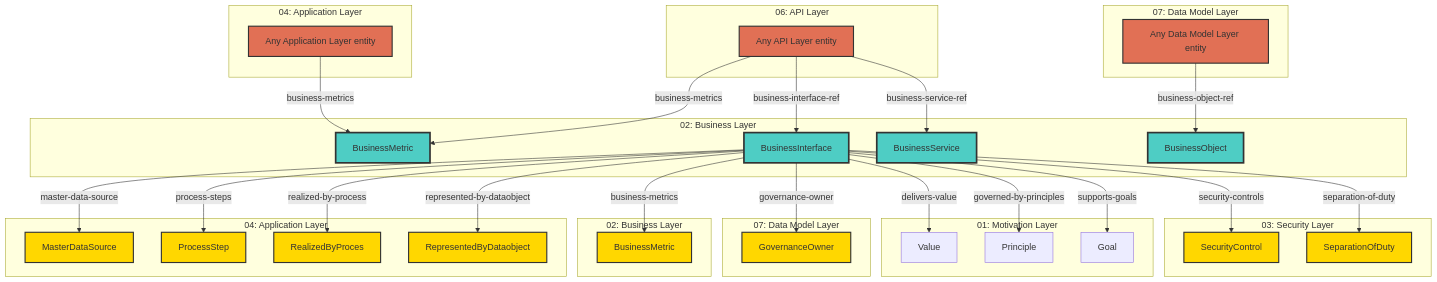
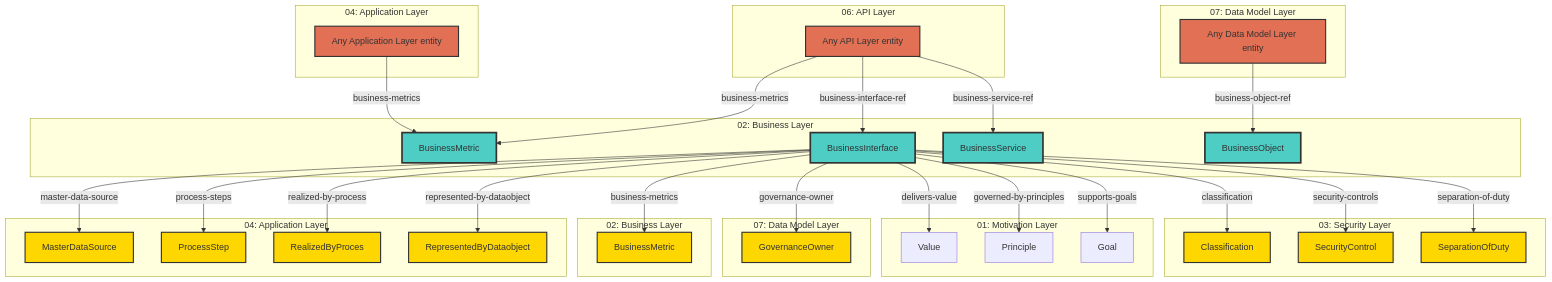
The diagram in reports/layers/02-business-cross-layer.md (tinkermonkey/documentation_robotics), drawn with Mermaid before and after one commit. The commit also changed other lines of this file and 63 other files, not shown here.

```diff
--- a/reports/layers/02-business-cross-layer.md
+++ b/reports/layers/02-business-cross-layer.md
@@ -25,6 +25,7 @@
     target02BusinessMetric["BusinessMetric"]
   end
   subgraph target03Layer["03: Security Layer"]
+    target03Classification["Classification"]
     target03SecurityControl["SecurityControl"]
     target03SeparationOfDuty["SeparationOfDuty"]
   end
@@ -59,6 +60,7 @@
   thisBusinessInterface -->|delivers-value| target01Value
   thisBusinessInterface -->|governed-by-principles| target01Principle
   thisBusinessInterface -->|supports-goals| target01Goal
+  thisBusinessInterface -->|classification| target03Classification
   thisBusinessInterface -->|security-controls| target03SecurityControl
   thisBusinessInterface -->|separation-of-duty| target03SeparationOfDuty
 
@@ -82,6 +84,7 @@
   class target01GovernedByPrinciple targetLayerStyle
   class target01SupportsGoal targetLayerStyle
   class target02BusinessMetric targetLayerStyle
+  class target03Classification targetLayerStyle
   class target03SecurityControl targetLayerStyle
   class target03SeparationOfDuty targetLayerStyle
   class target04MasterDataSource targetLayerStyle
```
